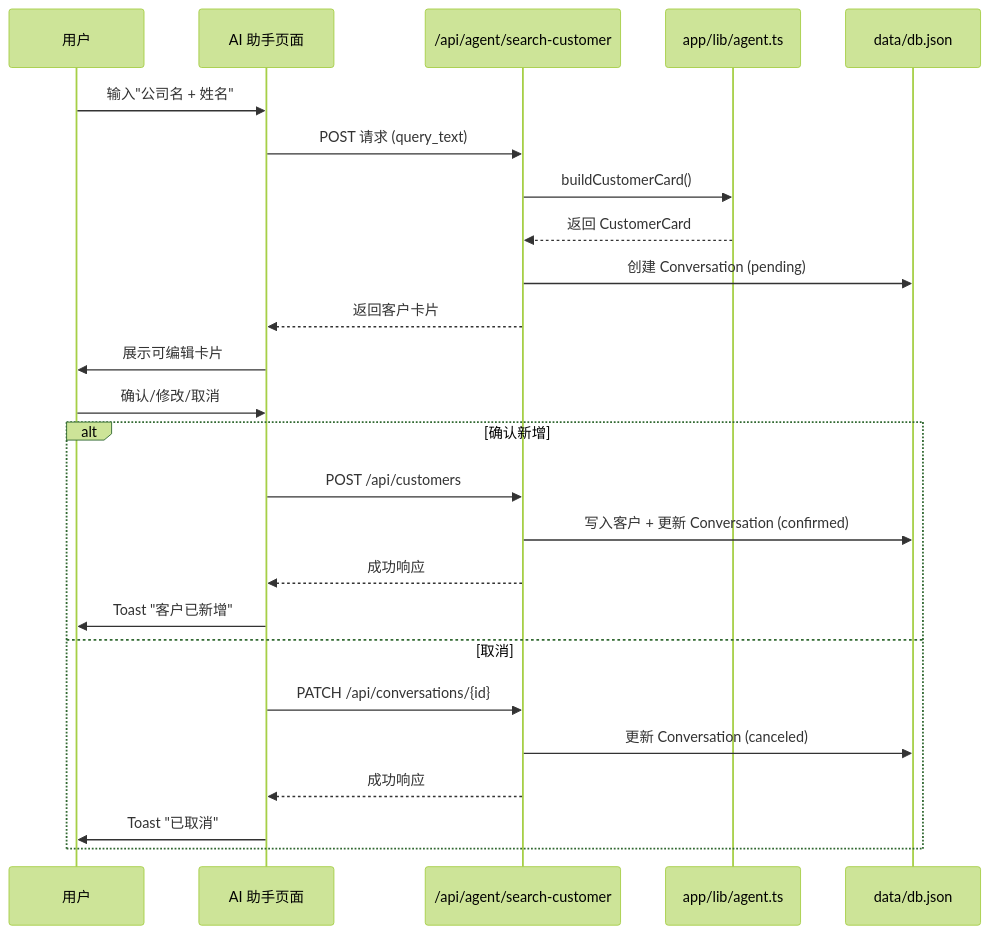
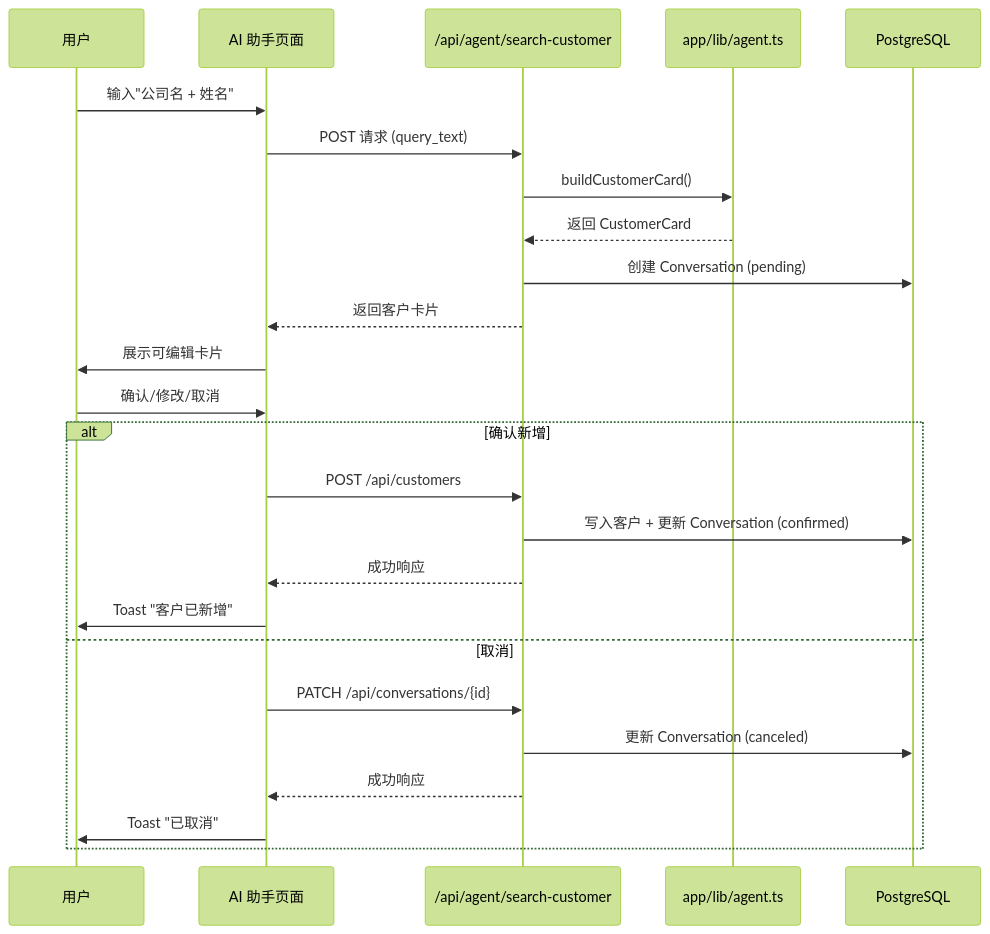
The third of 3 diagrams in CLAUDE.md (glide-the/dream-im-platform), drawn with Mermaid (forest theme) before and after one commit. The commit also changed other lines of this file and 4 other files, not shown here.

First line of the commit message:
docs: update project documentation for PostgreSQL migration

````diff
--- a/CLAUDE.md
+++ b/CLAUDE.md
@@ -116,29 +162,29 @@
 ```mermaid
 sequenceDiagram
     participant U as 用户
     participant AI as AI 助手页面
     participant API as /api/agent/search-customer
     participant Agent as app/lib/agent.ts
-    participant DB as data/db.json
+    participant DB as PostgreSQL
 
     U->>AI: 输入"公司名 + 姓名"
     AI->>API: POST 请求 (query_text)
     API->>Agent: buildCustomerCard()
     Agent-->>API: 返回 CustomerCard
     API->>DB: 创建 Conversation (pending)
     API-->>AI: 返回客户卡片
     AI->>U: 展示可编辑卡片
     U->>AI: 确认/修改/取消
 
     alt 确认新增
         AI->>API: POST /api/customers
         API->>DB: 写入客户 + 更新 Conversation (confirmed)
         API-->>AI: 成功响应
         AI->>U: Toast "客户已新增"
     else 取消
         AI->>API: PATCH /api/conversations/{id}
         API->>DB: 更新 Conversation (canceled)
         API-->>AI: 成功响应
         AI->>U: Toast "已取消"
     end
 ```
````
